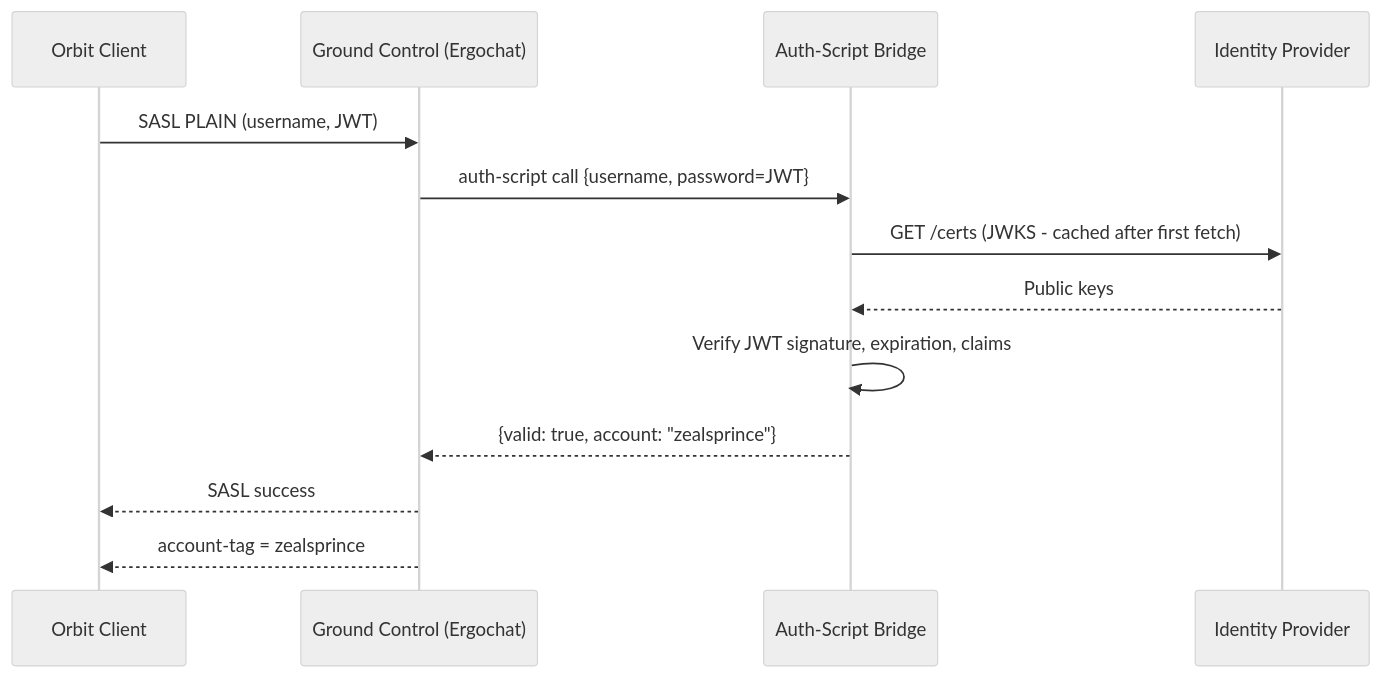
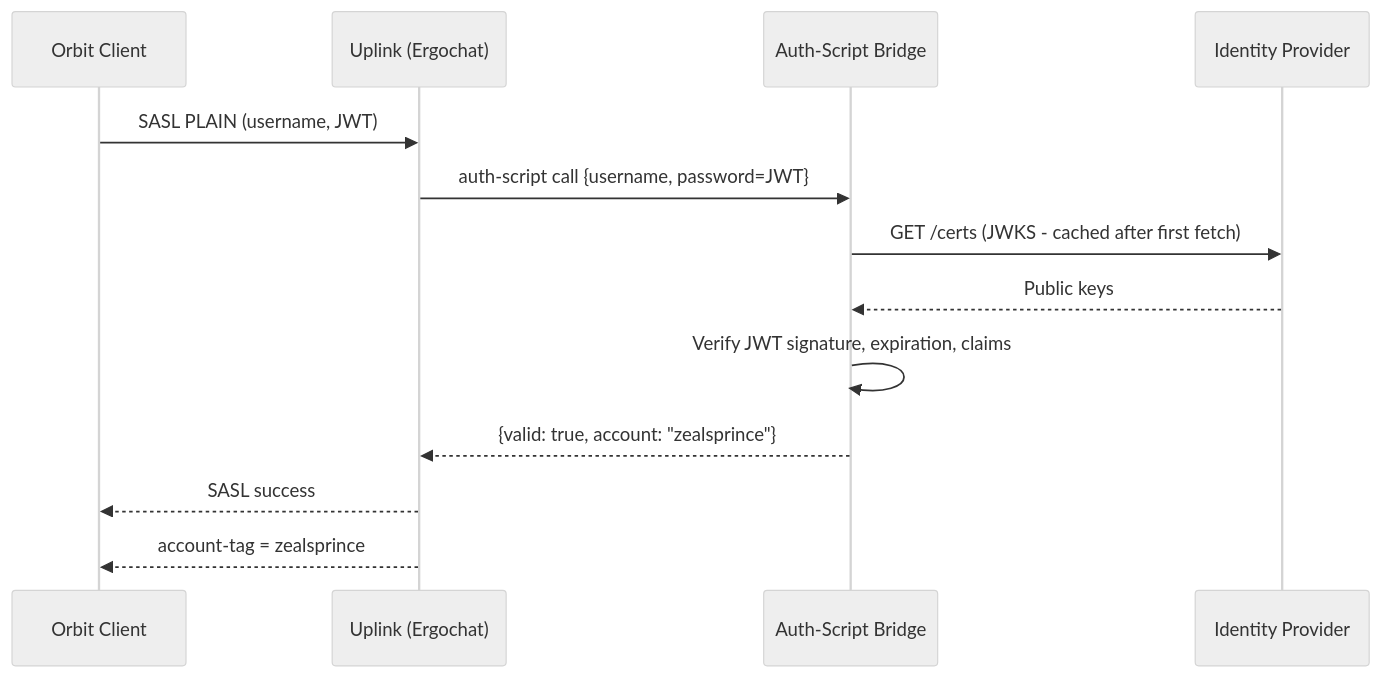
The fourth of 4 diagrams in spec/02-components/04-transponder.md (hivecom/orbit-spec), drawn with Mermaid (neutral theme) before and after one commit. The commit also changed other lines of this file and 45 other files, not shown here.

First line of the commit message:
Rename Ground Control to Uplink and reorganize

````diff
--- a/spec/02-components/04-transponder.md
+++ b/spec/02-components/04-transponder.md
@@ -117,16 +117,16 @@
 ```mermaid
 sequenceDiagram
     participant C as Orbit Client
-    participant GC as Ground Control (Ergochat)
+    participant GC as Uplink (Ergochat)
     participant B as Auth-Script Bridge
     participant IdP as Identity Provider
 
     C->>GC: SASL PLAIN (username, JWT)
     GC->>B: auth-script call {username, password=JWT}
     B->>IdP: GET /certs (JWKS - cached after first fetch)
     IdP-->>B: Public keys
     B->>B: Verify JWT signature, expiration, claims
     B-->>GC: {valid: true, account: "zealsprince"}
     GC-->>C: SASL success
     GC-->>C: account-tag = zealsprince
 ```
````
